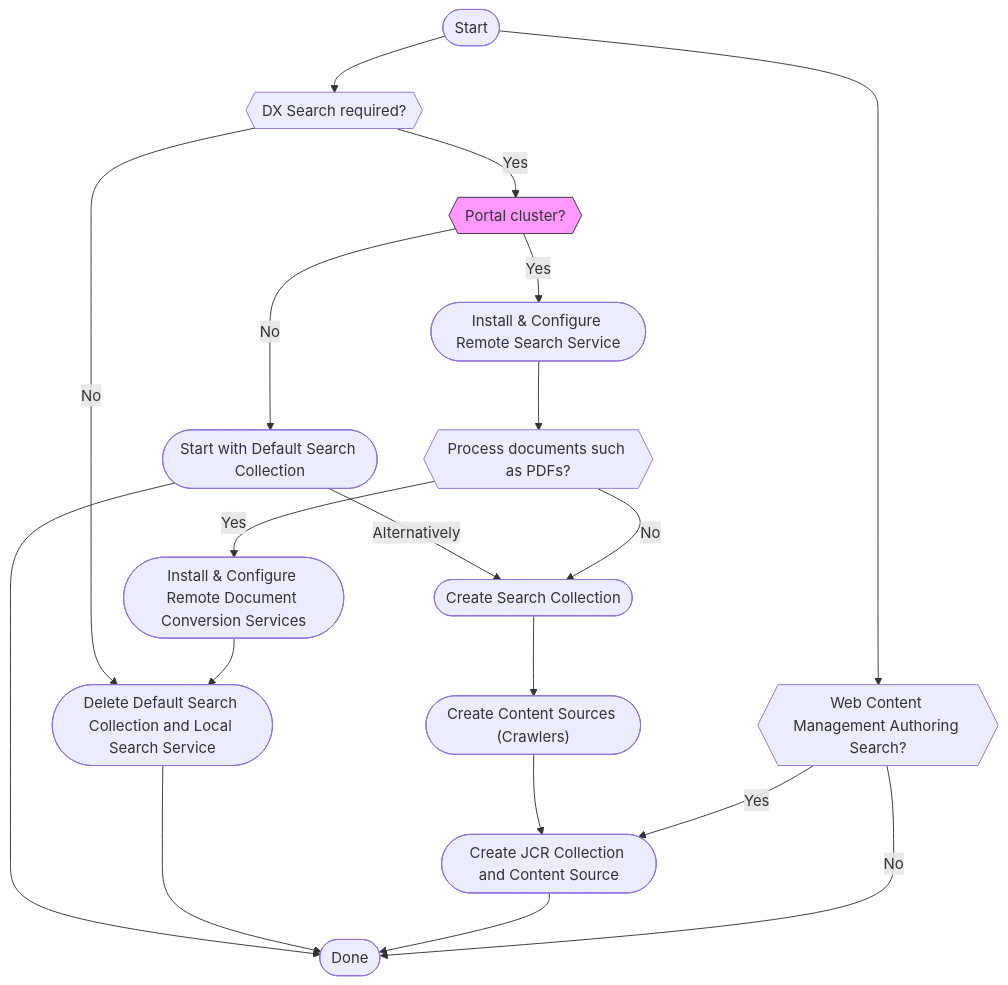
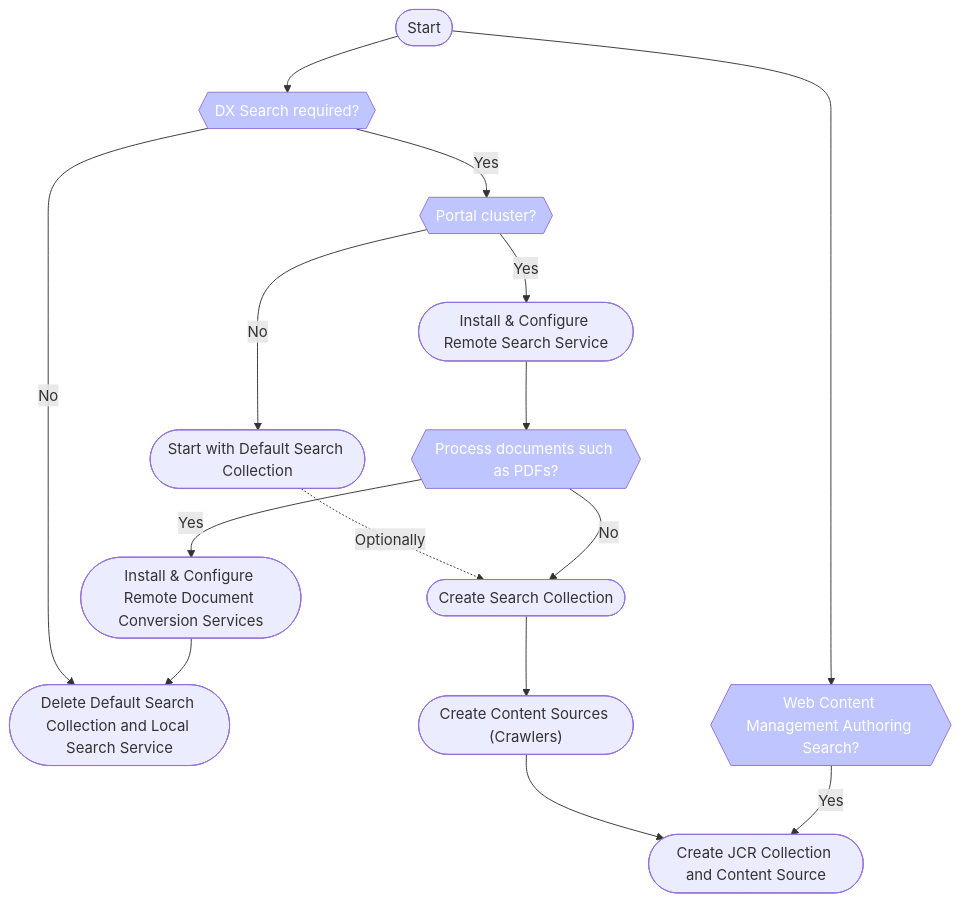
Before and after one commit to HCL-TECH-SOFTWARE/digital-experience: the diagram in docs/build_sites/search/cfg_dx_search/index.md, drawn with Mermaid.

Commit message:
Dotted lines etc

````diff
--- a/docs/build_sites/search/cfg_dx_search/index.md
+++ b/docs/build_sites/search/cfg_dx_search/index.md
@@ -11,38 +11,36 @@
 ```mermaid
 
 flowchart TB
   node_1(["Start"])
   node_2{{"DX Search required?"}}
   node_4{{"Portal cluster?"}}
-  node_5(["Done"])
   node_6(["Start with Default Search Collection"])
   node_7(["Install #amp; Configure Remote Search Service"])
   node_8{{"Process documents such as PDFs?"}}
   node_9(["Create Search Collection"])
   node_10(["Install #amp; Configure Remote Document Conversion Services"])
   node_11(["Delete Default Search Collection and Local Search Service"])
   node_12(["Create Content Sources (Crawlers)"])
   node_13(["Create JCR Collection and Content Source"])
   node_14{{"Web Content Management Authoring Search?"}}
   node_1 --> node_2
   node_1 --> node_14
   node_2 --"No"--> node_11
   node_2 --"Yes"--> node_4
+  node_6 -. "Optionally" .-> node_9
+  node_4 --"Yes"--> node_7
   node_4 --"No"--> node_6
-  node_6 --> node_5
-  node_6 --"Alternatively"--> node_9
-  node_4 --"Yes"--> node_7
   node_7 --> node_8
   node_8 --"No"--> node_9
   node_8 --"Yes"--> node_10
   node_10 --> node_11
-  node_11 --> node_5
   node_9 --> node_12
   node_12 --> node_13
-  node_13 --> node_5
   node_14 --"Yes"--> node_13
-  node_14 --"No"--> node_5
 
-  style node_4 fill:#f9f,stroke:#333,stroke-width:1px
+  style node_2 fill:#BFC6FF, color:#fff
+  style node_4 fill:#BFC6FF, color:#fff
+  style node_8 fill:#BFC6FF, color:#fff
+  style node_14 fill:#BFC6FF, color:#fff
 
 ```
````
